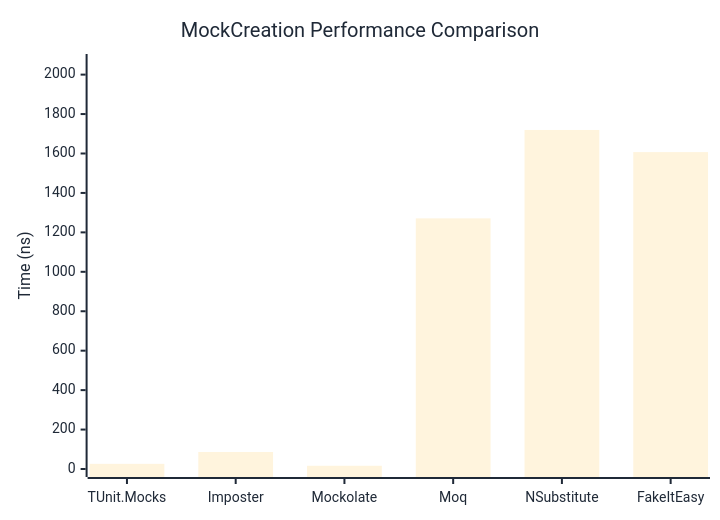
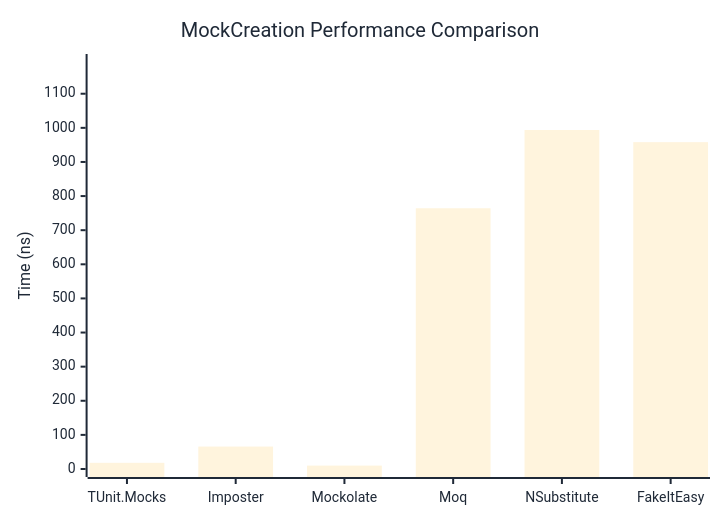
The first of 2 diagrams in docs/docs/benchmarks/mocks/MockCreation.md (thomhurst/TUnit), drawn with Mermaid before and after one commit. The commit also changed other lines of this file and 14 other files, not shown here.

````diff
--- a/docs/docs/benchmarks/mocks/MockCreation.md
+++ b/docs/docs/benchmarks/mocks/MockCreation.md
@@ -30,27 +30,27 @@
 ```mermaid
 %%{init: {
   'theme':'base',
   'themeVariables': {
     'primaryColor': '#2563eb',
     'primaryTextColor': '#1f2937',
     'primaryBorderColor': '#1e40af',
     'lineColor': '#6b7280',
     'secondaryColor': '#7c3aed',
     'tertiaryColor': '#dc2626',
     'background': '#ffffff',
     'pie1': '#2563eb',
     'pie2': '#7c3aed',
     'pie3': '#dc2626',
     'pie4': '#f59e0b',
     'pie5': '#10b981',
     'pie6': '#06b6d4',
     'pie7': '#ec4899',
     'pie8': '#6366f1'
   }
 }}%%
 xychart-beta
   title "MockCreation Performance Comparison"
   x-axis ["TUnit.Mocks", "Imposter", "Mockolate", "Moq", "NSubstitute", "FakeItEasy"]
-  y-axis "Time (ns)" 0 --> 2064
-  bar [26.18, 86.28, 16.37, 1271.08, 1719.32, 1607.13]
+  y-axis "Time (ns)" 0 --> 1193
+  bar [18.132, 65.742, 9.959, 764.295, 993.67, 958.064]
 ```
````
